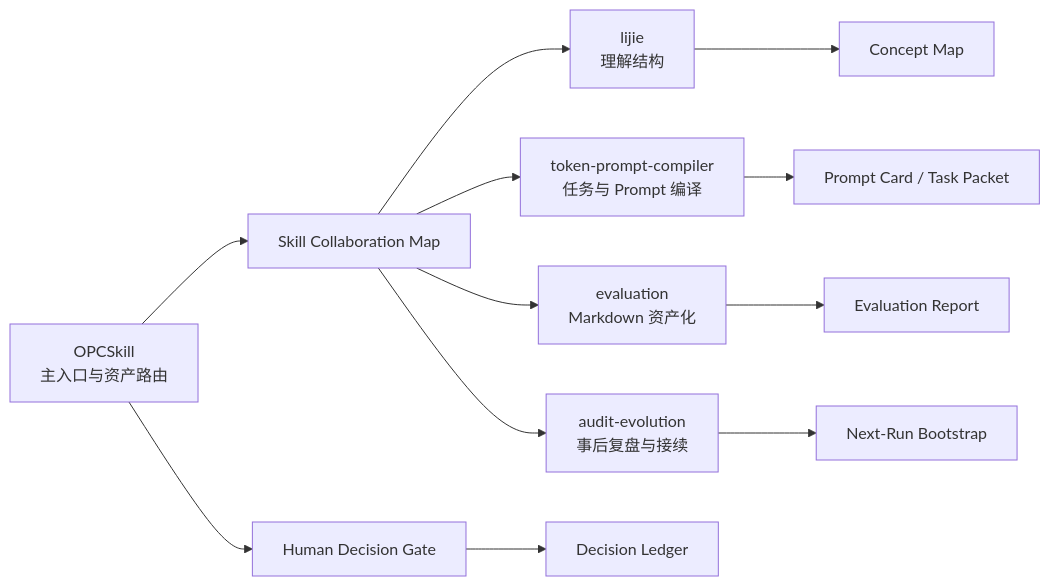
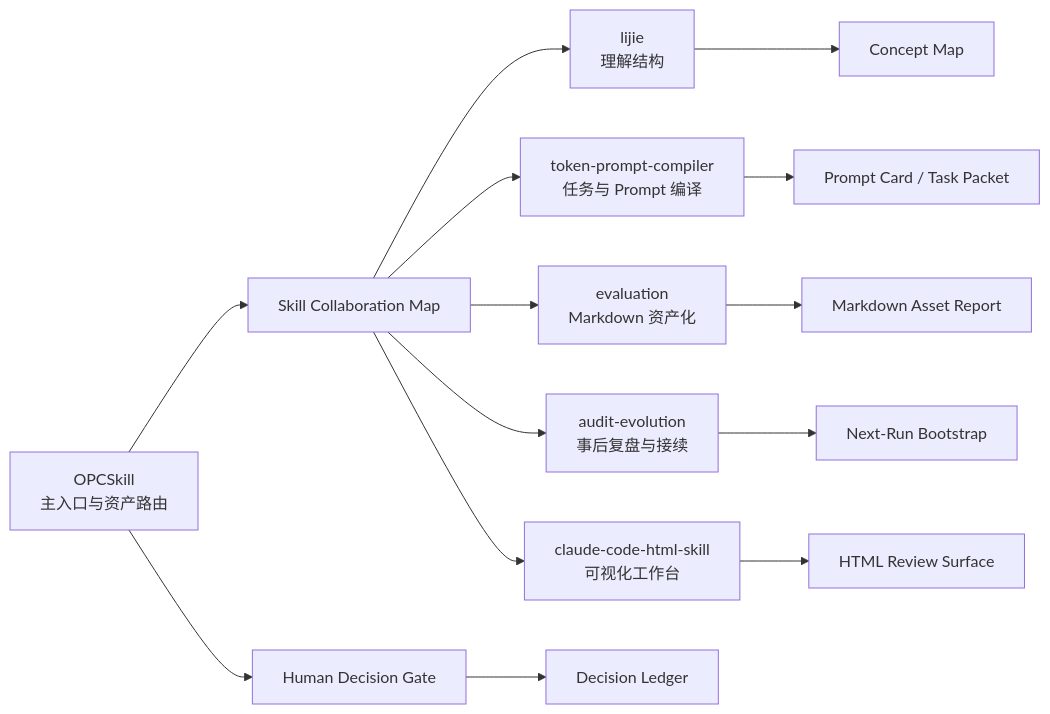
The third of 3 diagrams in README.md (aDragon0707/opcskill), drawn with Mermaid before and after one commit. The commit also changed other lines of this file and 3 other files, not shown here.

````diff
--- a/README.md
+++ b/README.md
@@ -171,16 +115,18 @@
 ```mermaid
 flowchart LR
   A["OPCSkill<br/>主入口与资产路由"] --> B["Human Decision Gate"]
   A --> C["Skill Collaboration Map"]
 
   C --> D["lijie<br/>理解结构"]
   C --> E["token-prompt-compiler<br/>任务与 Prompt 编译"]
   C --> F["evaluation<br/>Markdown 资产化"]
   C --> G["audit-evolution<br/>事后复盘与接续"]
+  C --> H["claude-code-html-skill<br/>可视化工作台"]
 
-  B --> H["Decision Ledger"]
-  D --> I["Concept Map"]
-  E --> J["Prompt Card / Task Packet"]
-  F --> K["Evaluation Report"]
-  G --> L["Next-Run Bootstrap"]
+  B --> I["Decision Ledger"]
+  D --> J["Concept Map"]
+  E --> K["Prompt Card / Task Packet"]
+  F --> L["Markdown Asset Report"]
+  G --> M["Next-Run Bootstrap"]
+  H --> N["HTML Review Surface"]
 ```
````
